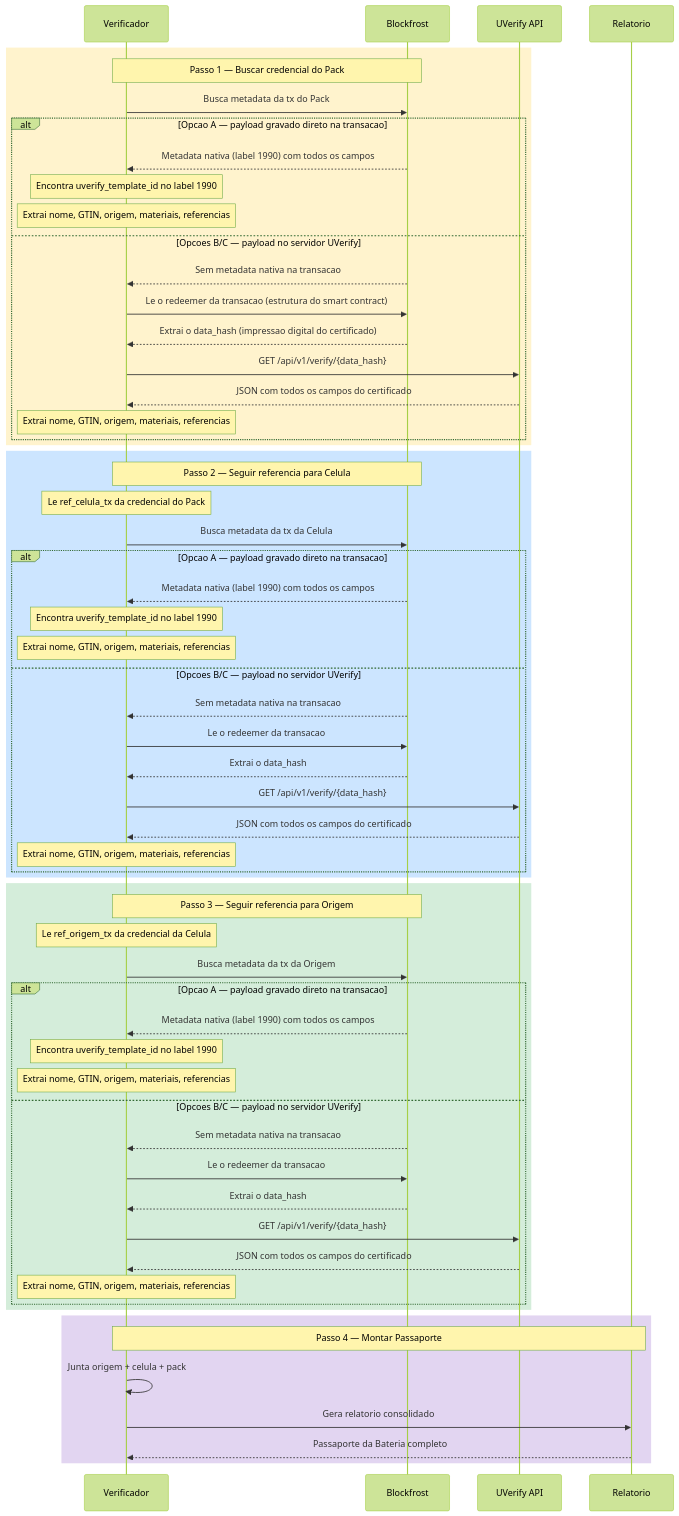
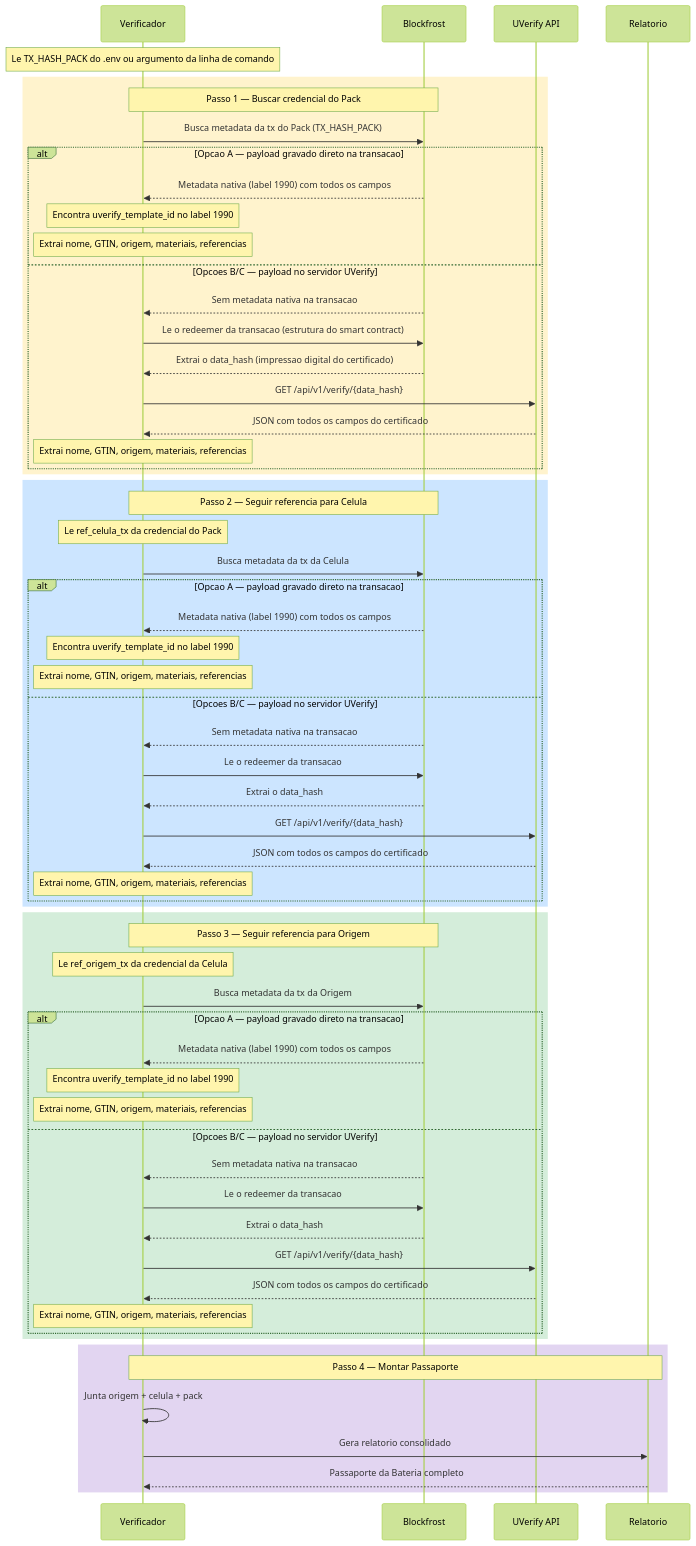
The fifth of 6 diagrams in arquitetura-dpp.md (darlisagc/cardano-battery-passport), drawn with Mermaid (forest theme) before and after one commit.

Commit message:
Add TX_HASH_PACK origin to sequence diagram

````diff
--- a/arquitetura-dpp.md
+++ b/arquitetura-dpp.md
@@ -291,67 +291,69 @@
 ```mermaid
 sequenceDiagram
     participant V as Verificador
     participant BF as Blockfrost
     participant UV as UVerify API
     participant R as Relatorio
 
+    Note over V: Le TX_HASH_PACK do .env ou argumento da linha de comando
+
     rect rgb(255, 243, 205)
     Note over V,BF: Passo 1 — Buscar credencial do Pack
-    V->>BF: Busca metadata da tx do Pack
+    V->>BF: Busca metadata da tx do Pack (TX_HASH_PACK)
     alt Opcao A — payload gravado direto na transacao
         BF-->>V: Metadata nativa (label 1990) com todos os campos
         Note over V: Encontra uverify_template_id no label 1990
         Note over V: Extrai nome, GTIN, origem, materiais, referencias
     else Opcoes B/C — payload no servidor UVerify
         BF-->>V: Sem metadata nativa na transacao
         V->>BF: Le o redeemer da transacao (estrutura do smart contract)
         BF-->>V: Extrai o data_hash (impressao digital do certificado)
         V->>UV: GET /api/v1/verify/{data_hash}
         UV-->>V: JSON com todos os campos do certificado
         Note over V: Extrai nome, GTIN, origem, materiais, referencias
     end
     end
 
     rect rgb(204, 229, 255)
     Note over V,BF: Passo 2 — Seguir referencia para Celula
     Note over V: Le ref_celula_tx da credencial do Pack
     V->>BF: Busca metadata da tx da Celula
     alt Opcao A — payload gravado direto na transacao
         BF-->>V: Metadata nativa (label 1990) com todos os campos
         Note over V: Encontra uverify_template_id no label 1990
         Note over V: Extrai nome, GTIN, origem, materiais, referencias
     else Opcoes B/C — payload no servidor UVerify
         BF-->>V: Sem metadata nativa na transacao
         V->>BF: Le o redeemer da transacao
         BF-->>V: Extrai o data_hash
         V->>UV: GET /api/v1/verify/{data_hash}
         UV-->>V: JSON com todos os campos do certificado
         Note over V: Extrai nome, GTIN, origem, materiais, referencias
     end
     end
 
     rect rgb(212, 237, 218)
     Note over V,BF: Passo 3 — Seguir referencia para Origem
     Note over V: Le ref_origem_tx da credencial da Celula
     V->>BF: Busca metadata da tx da Origem
     alt Opcao A — payload gravado direto na transacao
         BF-->>V: Metadata nativa (label 1990) com todos os campos
         Note over V: Encontra uverify_template_id no label 1990
         Note over V: Extrai nome, GTIN, origem, materiais, referencias
     else Opcoes B/C — payload no servidor UVerify
         BF-->>V: Sem metadata nativa na transacao
         V->>BF: Le o redeemer da transacao
         BF-->>V: Extrai o data_hash
         V->>UV: GET /api/v1/verify/{data_hash}
         UV-->>V: JSON com todos os campos do certificado
         Note over V: Extrai nome, GTIN, origem, materiais, referencias
     end
     end
 
     rect rgb(226, 213, 241)
     Note over V,R: Passo 4 — Montar Passaporte
     V->>V: Junta origem + celula + pack
     V->>R: Gera relatorio consolidado
     R-->>V: Passaporte da Bateria completo
     end
 ```
````
